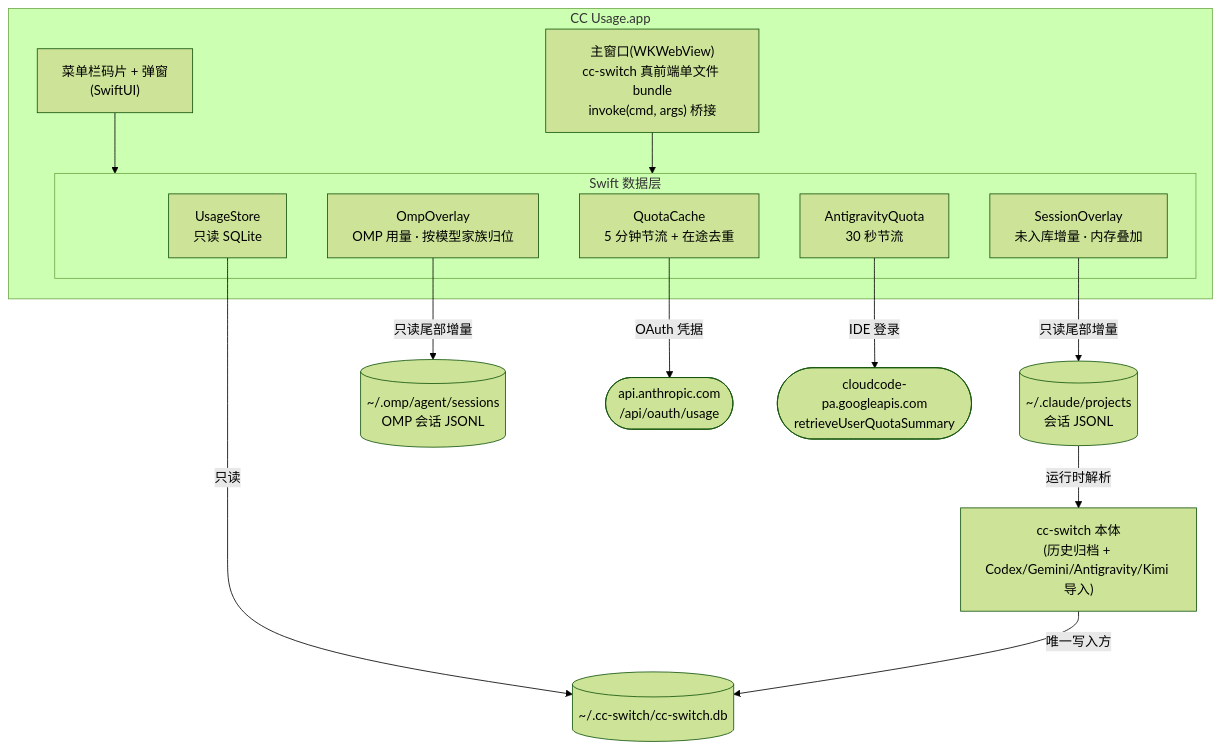
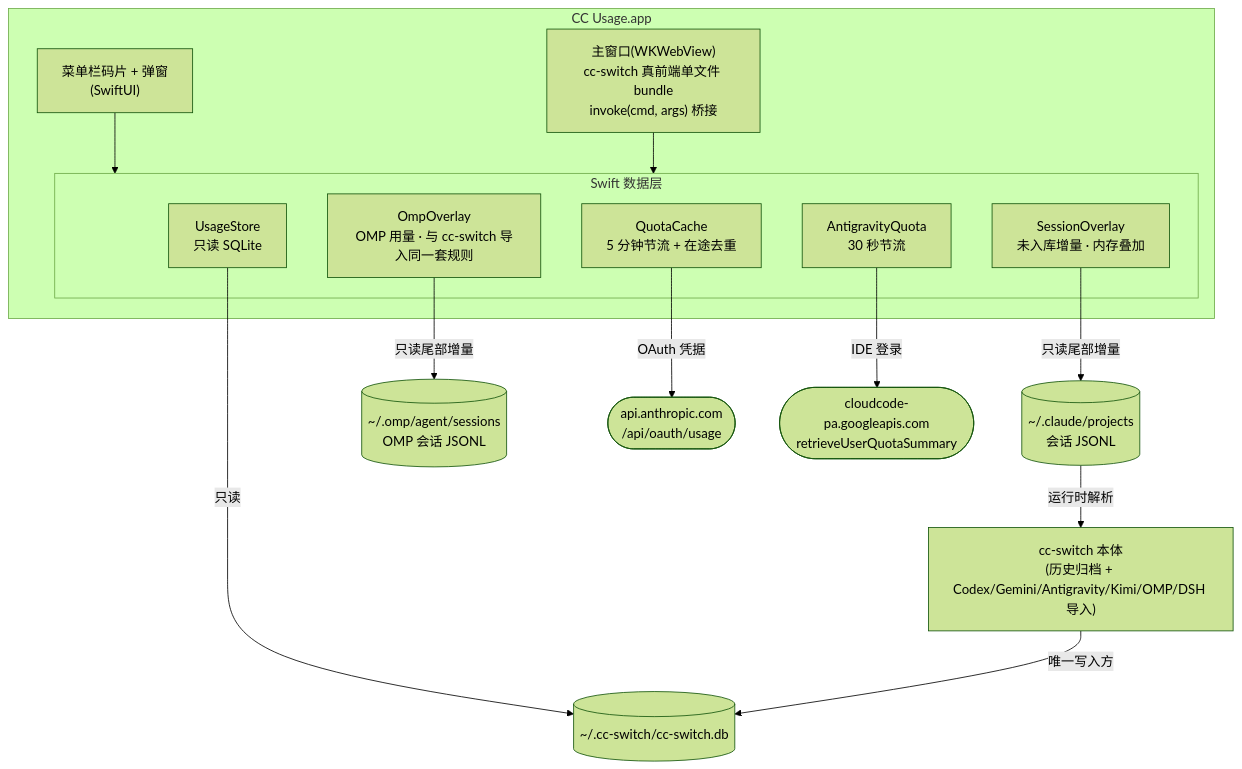
Before and after one commit to Eureka0w0v0/cc-usage: the diagram in README.zh-CN.md, drawn with Mermaid (forest theme). The commit also changed other lines of this file and 1 other file, not shown here.

First line of the commit message:
docs(readme): OMP 改为对齐 cc-switch v4.0.22 导入、单独成组，分组列表补 Oh My Pi / DeepSeek Harness

````diff
--- a/README.zh-CN.md
+++ b/README.zh-CN.md
@@ -84,30 +84,30 @@
 ```mermaid
 flowchart TB
     subgraph app["CC Usage.app"]
         menubar["菜单栏码片 + 弹窗<br/>(SwiftUI)"]
         panel["主窗口(WKWebView)<br/>cc-switch 真前端单文件 bundle<br/>invoke(cmd, args) 桥接"]
         subgraph layer["Swift 数据层"]
             UsageStore["UsageStore<br/>只读 SQLite"]
             SessionOverlay["SessionOverlay<br/>未入库增量 · 内存叠加"]
-            OmpOverlay["OmpOverlay<br/>OMP 用量 · 按模型家族归位"]
+            OmpOverlay["OmpOverlay<br/>OMP 用量 · 与 cc-switch 导入同一套规则"]
             AgyQuota["AntigravityQuota<br/>30 秒节流"]
             QuotaCache["QuotaCache<br/>5 分钟节流 + 在途去重"]
         end
         menubar --> layer
         panel --> layer
     end
     db[("~/.cc-switch/cc-switch.db")]
     jsonl[("~/.claude/projects<br/>会话 JSONL")]
     ompjsonl[("~/.omp/agent/sessions<br/>OMP 会话 JSONL")]
     api(["api.anthropic.com<br/>/api/oauth/usage"])
     google(["cloudcode-pa.googleapis.com<br/>retrieveUserQuotaSummary"])
-    ccswitch["cc-switch 本体<br/>(历史归档 + Codex/Gemini/Antigravity/Kimi 导入)"]
+    ccswitch["cc-switch 本体<br/>(历史归档 + Codex/Gemini/Antigravity/Kimi/OMP/DSH 导入)"]
 
     UsageStore -->|"只读"| db
     SessionOverlay -->|"只读尾部增量"| jsonl
     OmpOverlay -->|"只读尾部增量"| ompjsonl
     QuotaCache -->|"OAuth 凭据"| api
     AgyQuota -->|"IDE 登录"| google
     jsonl -->|"运行时解析"| ccswitch
     ccswitch -->|"唯一写入方"| db
 ```
````
